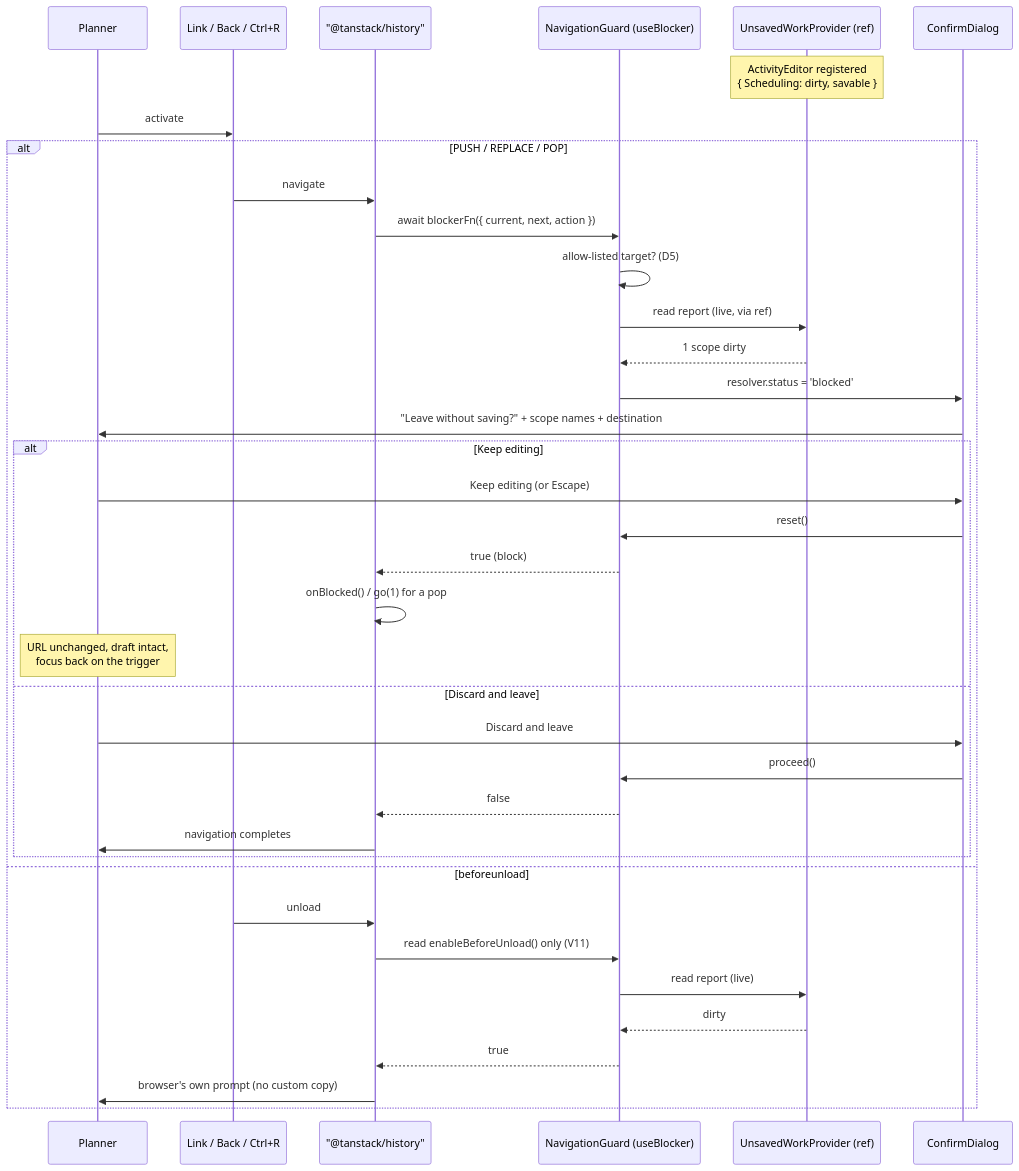
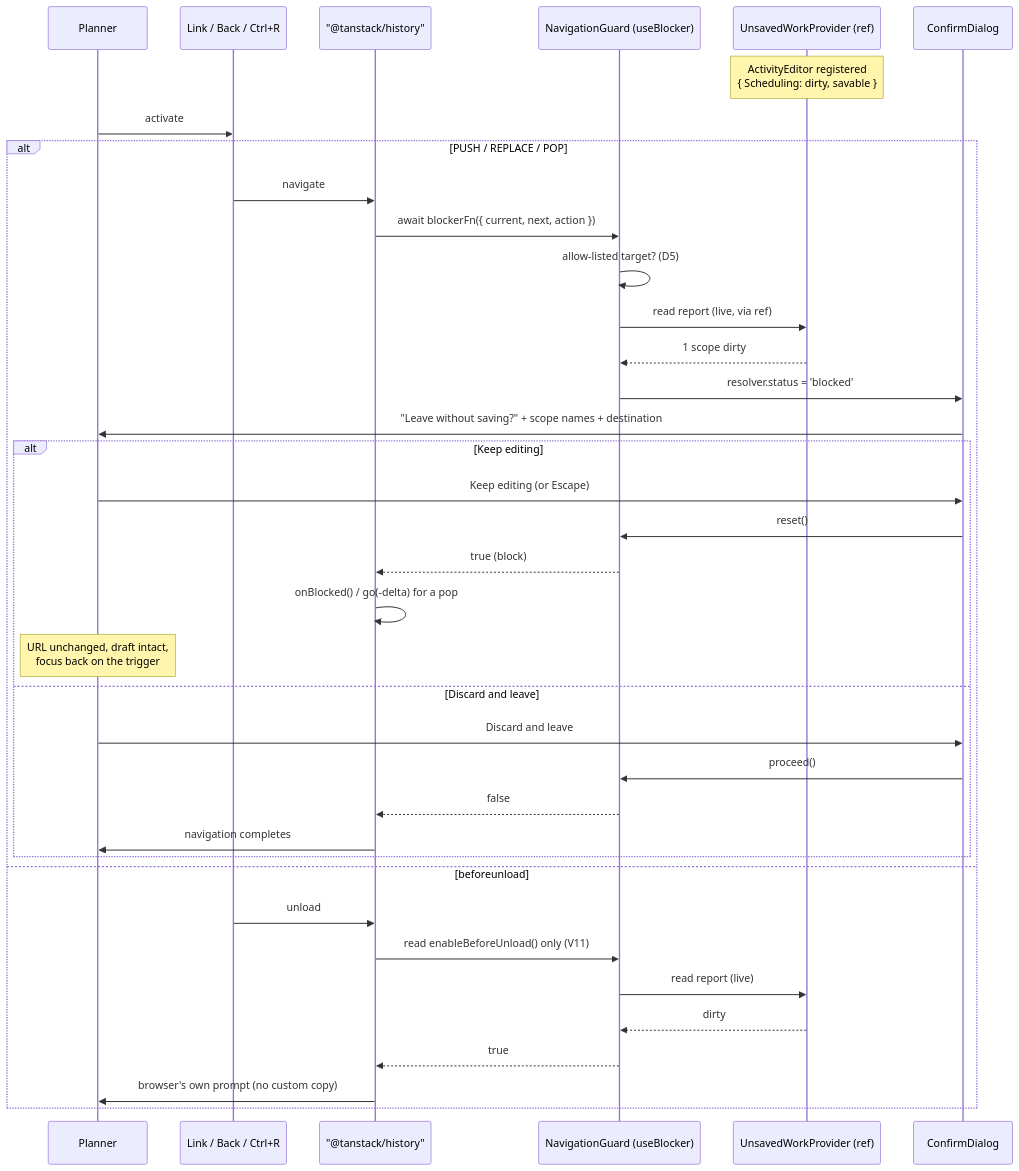
One commit to HuttonHomeHub/SchedulePoint_1 changed the second of 3 diagrams in docs/specs/unsaved-work-guard/feature-spec.md. Above: the diagram before and after it, drawn with Mermaid. The commit also changed other lines of this file and 17 other files, not shown here.

````diff
--- a/docs/specs/unsaved-work-guard/feature-spec.md
+++ b/docs/specs/unsaved-work-guard/feature-spec.md
@@ -423,41 +423,41 @@
 ```mermaid
 sequenceDiagram
   participant U as Planner
   participant L as Link / Back / Ctrl+R
   participant H as "@tanstack/history"
   participant B as NavigationGuard (useBlocker)
   participant R as UnsavedWorkProvider (ref)
   participant D as ConfirmDialog
 
   Note over R: ActivityEditor registered<br/>{ Scheduling: dirty, savable }
 
   U->>L: activate
   alt PUSH / REPLACE / POP
     L->>H: navigate
     H->>B: await blockerFn({ current, next, action })
     B->>B: allow-listed target? (D5)
     B->>R: read report (live, via ref)
     R-->>B: 1 scope dirty
     B->>D: resolver.status = 'blocked'
     D->>U: "Leave without saving?" + scope names + destination
     alt Keep editing
       U->>D: Keep editing (or Escape)
       D->>B: reset()
       B-->>H: true (block)
-      H->>H: onBlocked() / go(1) for a pop
+      H->>H: onBlocked() / go(-delta) for a pop
       Note over U: URL unchanged, draft intact,<br/>focus back on the trigger
     else Discard and leave
       U->>D: Discard and leave
       D->>B: proceed()
       B-->>H: false
       H->>U: navigation completes
     end
   else beforeunload
     L->>H: unload
     H->>B: read enableBeforeUnload() only (V11)
     B->>R: read report (live)
     R-->>B: dirty
     B-->>H: true
     H->>U: browser's own prompt (no custom copy)
   end
 ```
````
